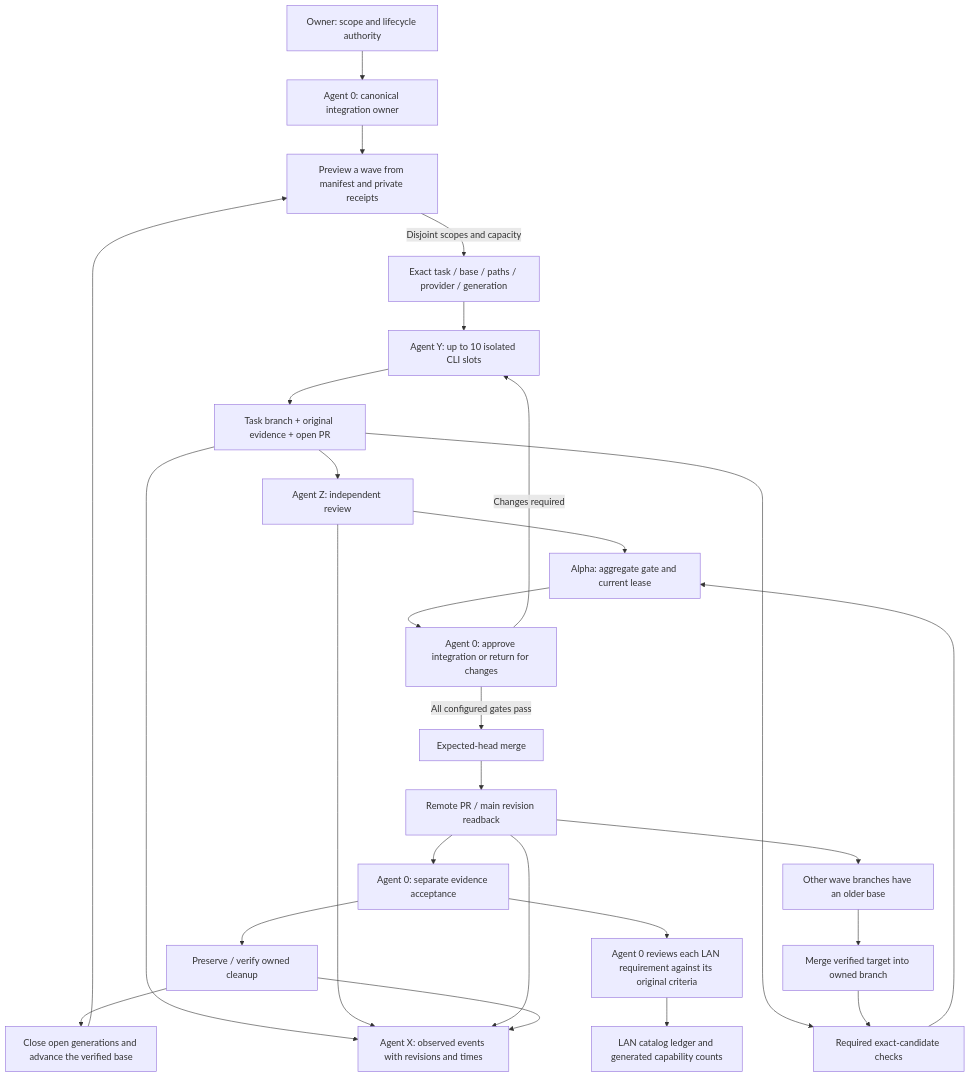
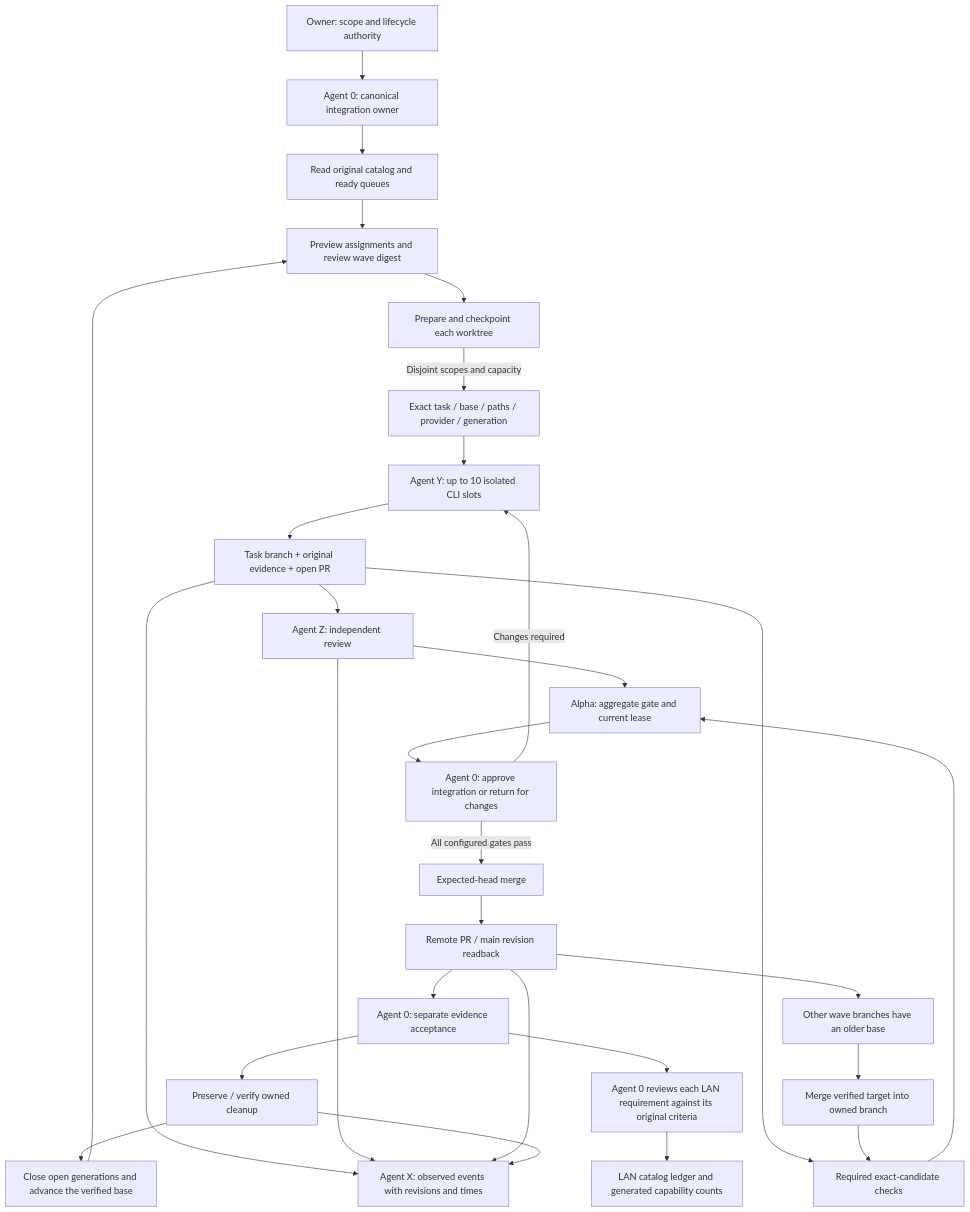
The diagram in docs/SYSTEMX-SWARM-MAP.md (WayneTechLab/WebAppX), drawn with Mermaid before and after one commit. The commit also changed 1 other file, not shown here.

Commit message:
Release interrupted asset streams and map the goal-to-worktree handoff

````diff
--- a/docs/SYSTEMX-SWARM-MAP.md
+++ b/docs/SYSTEMX-SWARM-MAP.md
@@ -11,29 +11,31 @@
 ```mermaid
 flowchart TD
     Owner[Owner: scope and lifecycle authority] --> A0[Agent 0: canonical integration owner]
-    A0 --> Wave[Preview a wave from manifest and private receipts]
-    Wave -->|Disjoint scopes and capacity| Packet[Exact task / base / paths / provider / generation]
+    A0 --> Goal[Read original catalog and ready queues]
+    Goal --> Wave[Preview assignments and review wave digest]
+    Wave --> Prepare[Prepare and checkpoint each worktree]
+    Prepare -->|Disjoint scopes and capacity| Packet[Exact task / base / paths / provider / generation]
     Packet --> Y[Agent Y: up to 10 isolated CLI slots]
     Y --> Result[Task branch + original evidence + open PR]
     Result --> Z[Agent Z: independent review]
     Result --> Checks[Required exact-candidate checks]
     Z --> Alpha[Alpha: aggregate gate and current lease]
     Checks --> Alpha
     Alpha --> Decision[Agent 0: approve integration or return for changes]
     Decision -->|Changes required| Y
     Decision -->|All configured gates pass| Merge[Expected-head merge]
     Merge --> Verify[Remote PR / main revision readback]
     Verify --> Acceptance[Agent 0: separate evidence acceptance]
     Acceptance --> Cleanup[Preserve / verify owned cleanup]
     Verify --> Other[Other wave branches have an older base]
     Other --> Integrate[Merge verified target into owned branch]
     Integrate --> Checks
     Cleanup --> Barrier[Close open generations and advance the verified base]
     Barrier --> Wave
     Acceptance --> Evidence[Agent 0 reviews each LAN requirement against its original criteria]
     Evidence --> Catalog[LAN catalog ledger and generated capability counts]
     Result --> X[Agent X: observed events with revisions and times]
     Z --> X
     Verify --> X
     Cleanup --> X
 ```
````
